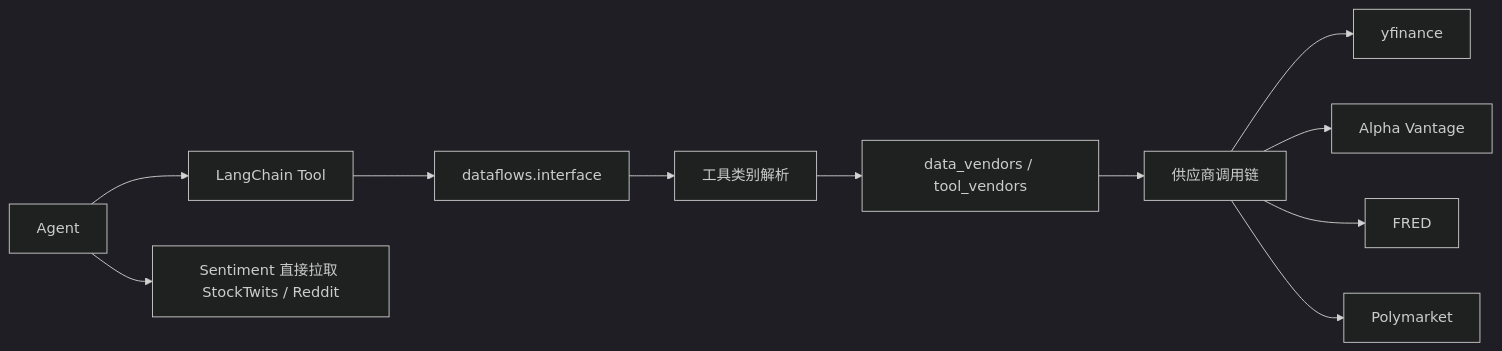
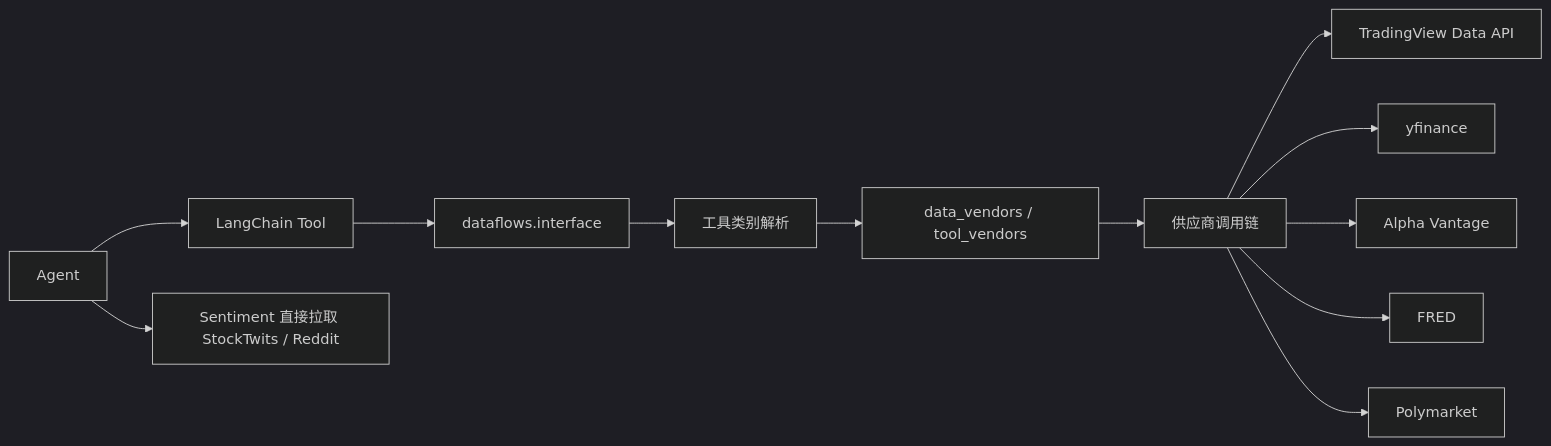
One commit to hypier/tradingagents-report changed the fourth of 5 diagrams in tg-core/docs/ARCHITECTURE_DESIGN.md. Above: the diagram before and after it, drawn with Mermaid (dark theme). The commit also changed other lines of this file and 1 other file, not shown here.

Commit message:
docs: document TradingView data-source routing

````diff
--- a/tg-core/docs/ARCHITECTURE_DESIGN.md
+++ b/tg-core/docs/ARCHITECTURE_DESIGN.md
@@ -281,13 +282,14 @@
 ```mermaid
 flowchart LR
     Agent["Agent"] --> Tool["LangChain Tool"]
     Tool --> Interface["dataflows.interface"]
     Interface --> Category["工具类别解析"]
     Category --> VendorConfig["data_vendors / tool_vendors"]
     VendorConfig --> VendorChain["供应商调用链"]
+    VendorChain --> TV["TradingView Data API"]
     VendorChain --> YF["yfinance"]
     VendorChain --> AV["Alpha Vantage"]
     VendorChain --> FRED["FRED"]
     VendorChain --> Poly["Polymarket"]
     Agent --> DirectSocial["Sentiment 直接拉取 StockTwits / Reddit"]
 ```
````
